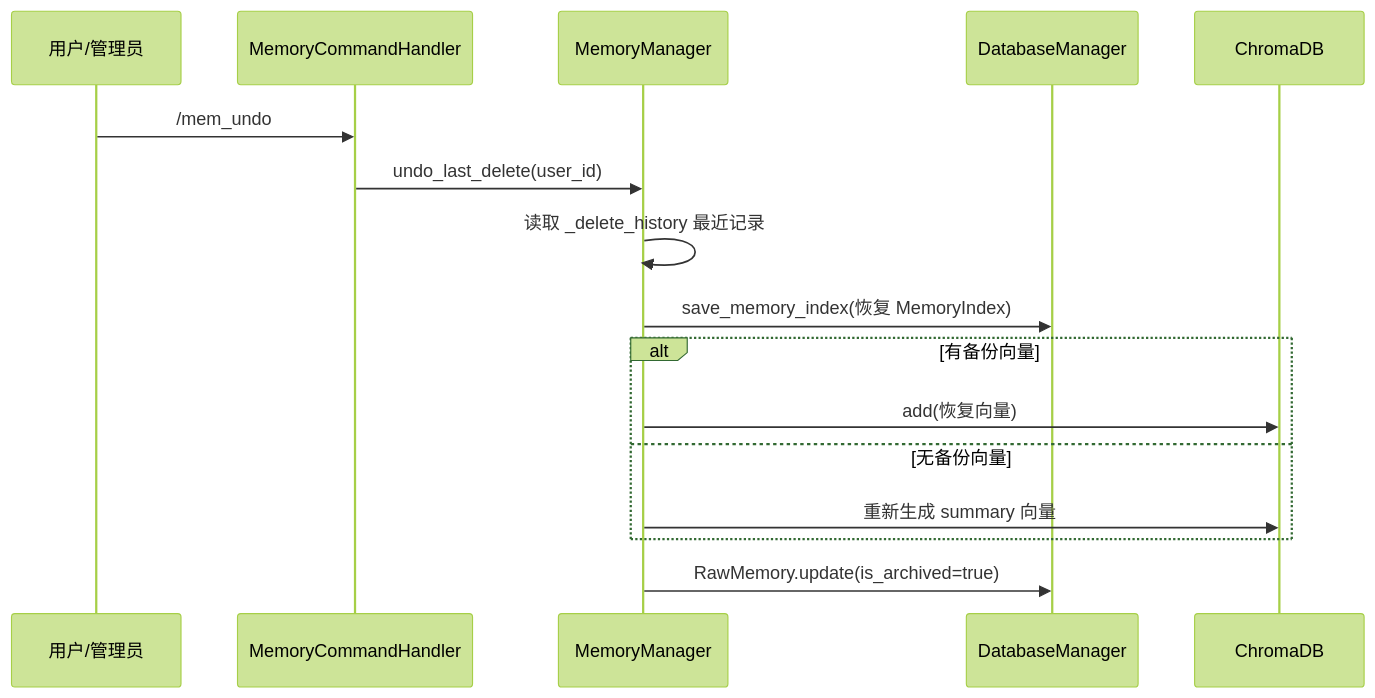
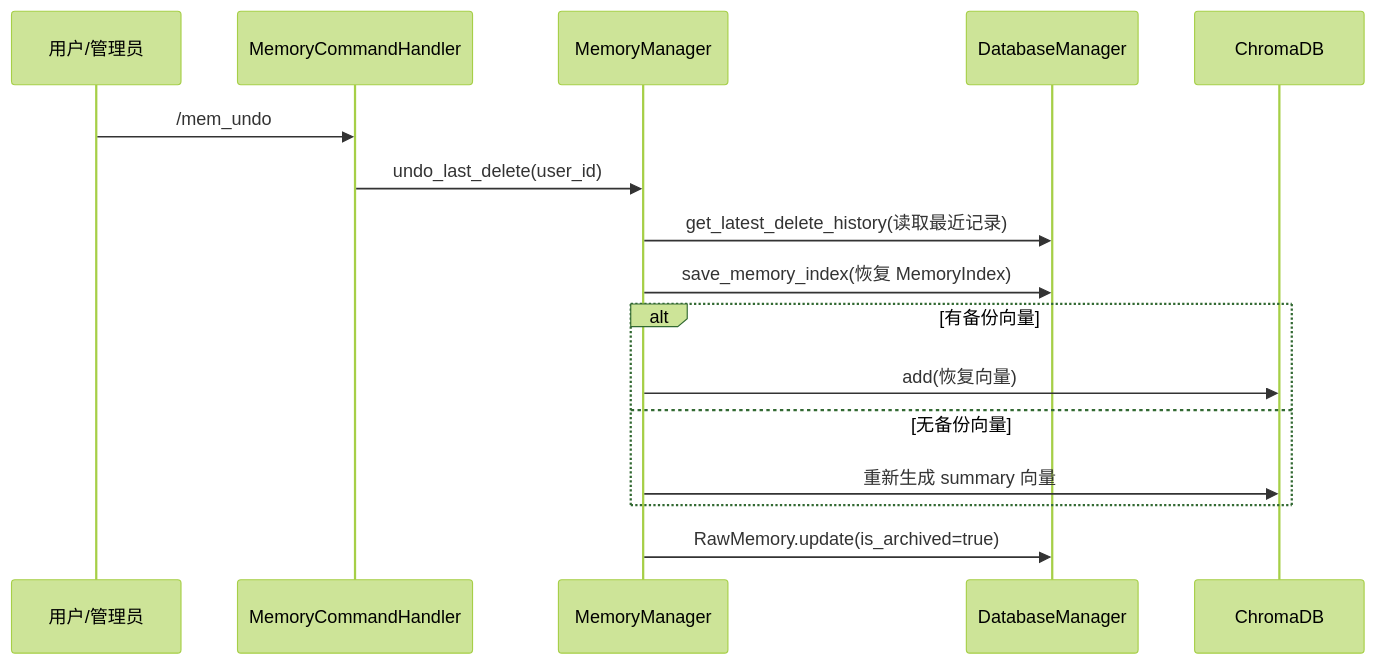
Diagram 11 of 15 in docs/主流程时序文档.md (victical/astrbot_plugin_engram), drawn with Mermaid (forest theme) before and after one commit. The commit also changed other lines of this file and 16 other files, not shown here.

````diff
--- a/docs/主流程时序文档.md
+++ b/docs/主流程时序文档.md
@@ -415,19 +415,19 @@
 ```mermaid
 sequenceDiagram
     participant User as 用户/管理员
     participant Handler as MemoryCommandHandler
     participant MM as MemoryManager
     participant DB as DatabaseManager
     participant Chroma as ChromaDB
 
     User->>Handler: /mem_undo
     Handler->>MM: undo_last_delete(user_id)
-    MM->>MM: 读取 _delete_history 最近记录
+    MM->>DB: get_latest_delete_history(读取最近记录)
     MM->>DB: save_memory_index(恢复 MemoryIndex)
     alt 有备份向量
         MM->>Chroma: add(恢复向量)
     else 无备份向量
         MM->>Chroma: 重新生成 summary 向量
     end
     MM->>DB: RawMemory.update(is_archived=true)
 ```
````
